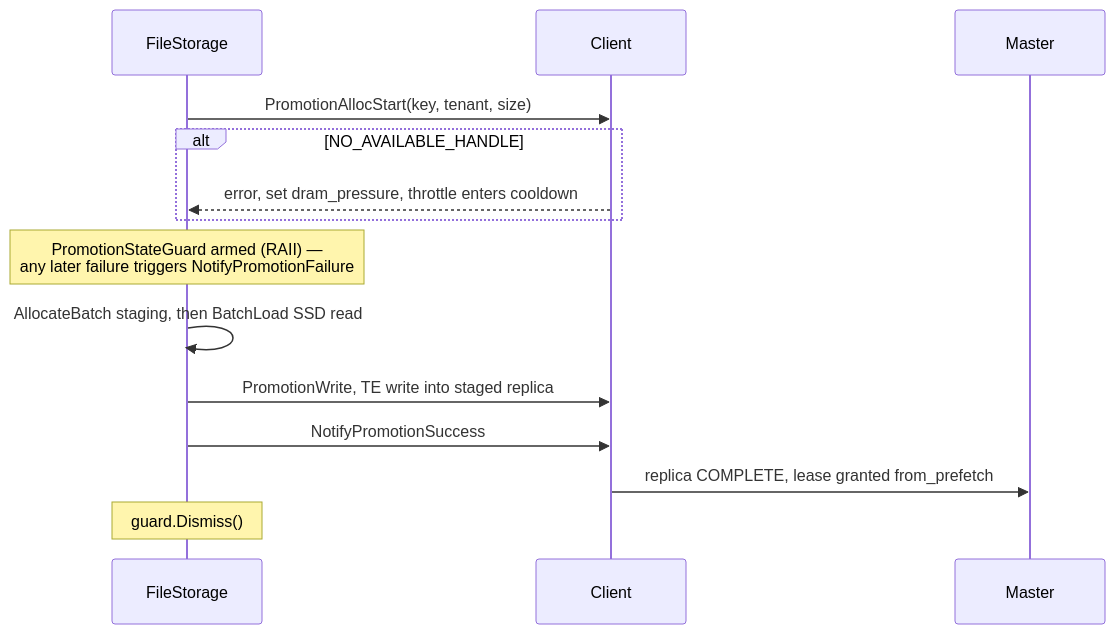
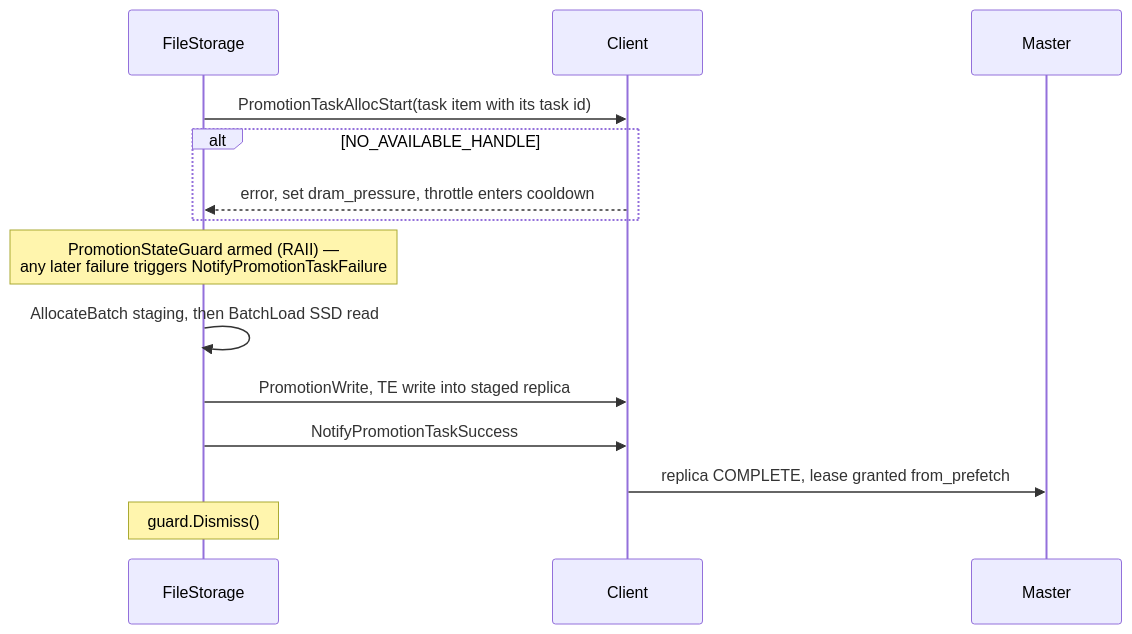
The fifth of 5 diagrams in docs/source/design/store/ssd-prefetch.md (kvcache-ai/Mooncake), drawn with Mermaid before and after one commit. The commit also changed other lines of this file and 15 other files, not shown here.

````diff
--- a/docs/source/design/store/ssd-prefetch.md
+++ b/docs/source/design/store/ssd-prefetch.md
@@ -247,16 +258,16 @@
 ```mermaid
 sequenceDiagram
     participant F as FileStorage
     participant C as Client
     participant M as Master
-    F->>C: PromotionAllocStart(key, tenant, size)
+    F->>C: PromotionTaskAllocStart(task item with its task id)
     alt NO_AVAILABLE_HANDLE
         C-->>F: error, set dram_pressure, throttle enters cooldown
     end
-    Note over F: PromotionStateGuard armed (RAII) —<br/>any later failure triggers NotifyPromotionFailure
+    Note over F: PromotionStateGuard armed (RAII) —<br/>any later failure triggers NotifyPromotionTaskFailure
     F->>F: AllocateBatch staging, then BatchLoad SSD read
     F->>C: PromotionWrite, TE write into staged replica
-    F->>C: NotifyPromotionSuccess
+    F->>C: NotifyPromotionTaskSuccess
     C->>M: replica COMPLETE, lease granted from_prefetch
     Note over F: guard.Dismiss()
 ```
````
